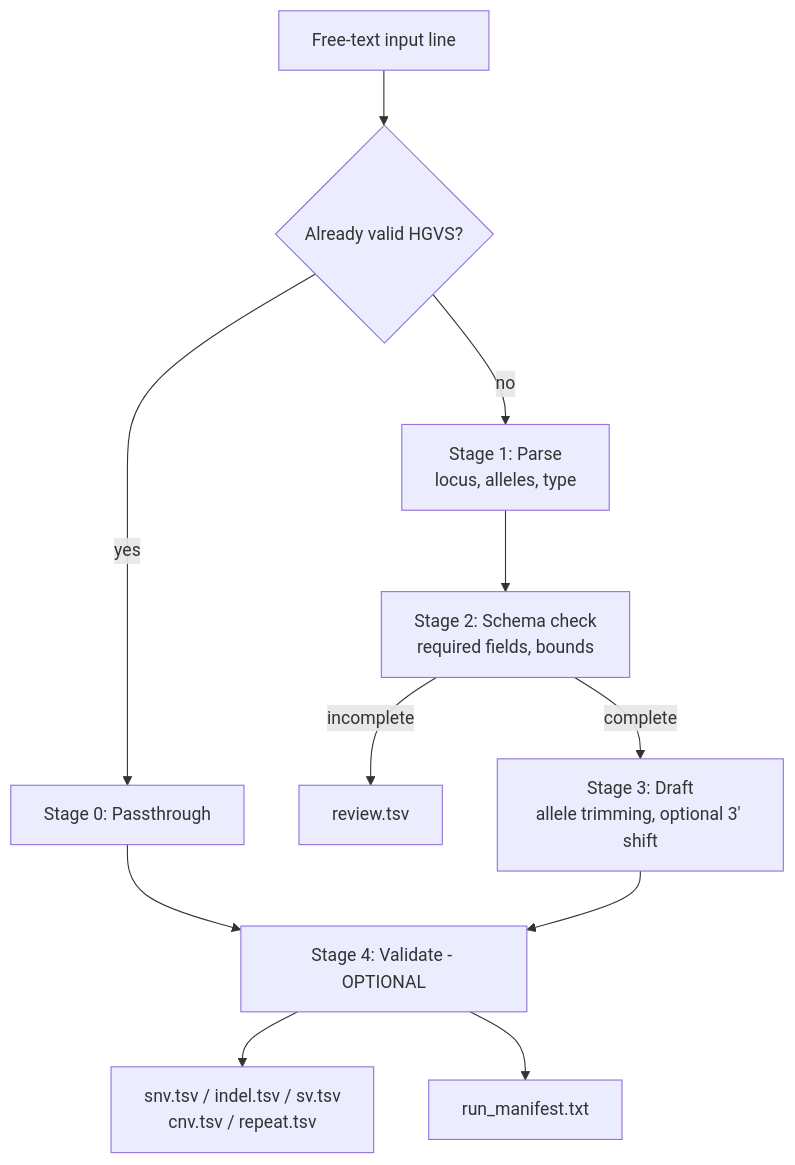
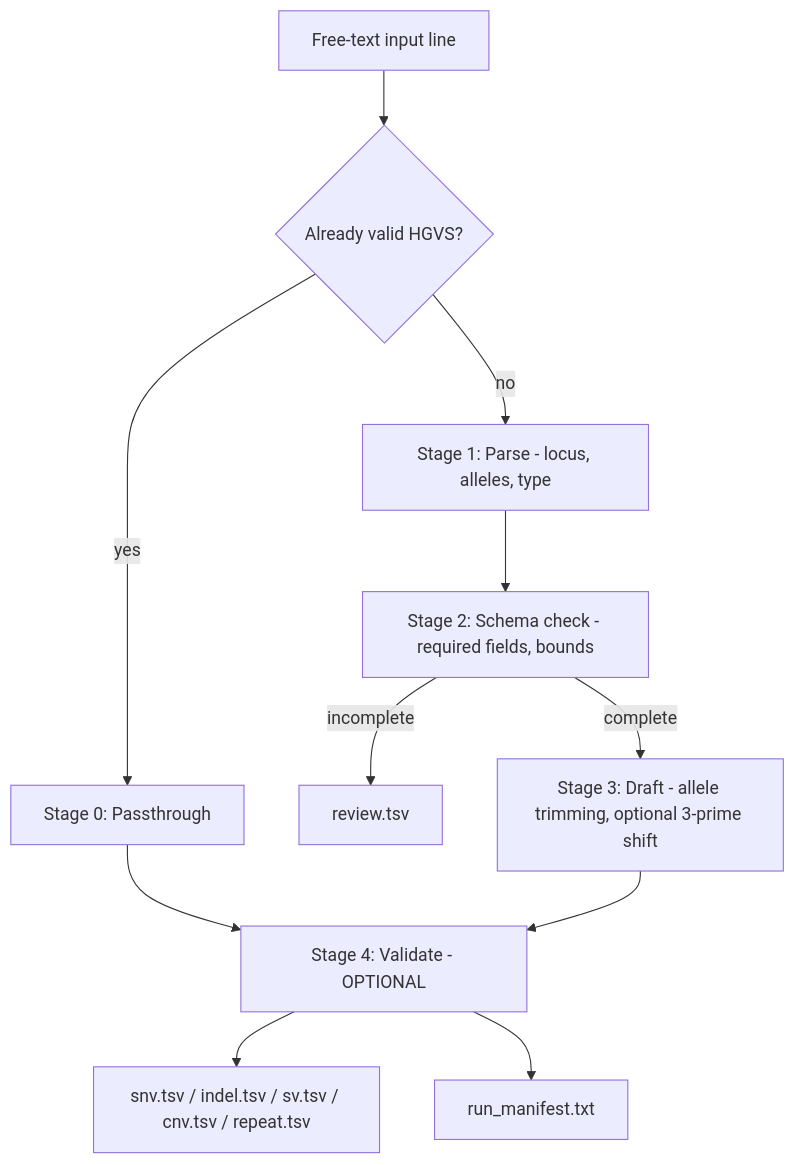
Before and after one commit to edademiral/hgvs-normalizer: the diagram in README.md, drawn with Mermaid. The commit also changed other lines of this file, not shown here.

````diff
--- a/README.md
+++ b/README.md
@@ -18,13 +18,13 @@
 ```mermaid
 flowchart TD
     A[Free-text input line] --> B{Already valid HGVS?}
     B -- yes --> P[Stage 0: Passthrough]
-    B -- no --> C[Stage 1: Parse<br/>locus, alleles, type]
-    C --> D[Stage 2: Schema check<br/>required fields, bounds]
+    B -- no --> C[Stage 1: Parse - locus, alleles, type]
+    C --> D[Stage 2: Schema check - required fields, bounds]
     D -- incomplete --> R[review.tsv]
-    D -- complete --> E[Stage 3: Draft<br/>allele trimming, optional 3' shift]
+    D -- complete --> E[Stage 3: Draft - allele trimming, optional 3-prime shift]
     P --> F
     E --> F[Stage 4: Validate - OPTIONAL]
-    F --> G[snv.tsv / indel.tsv / sv.tsv<br/>cnv.tsv / repeat.tsv]
+    F --> G[snv.tsv / indel.tsv / sv.tsv / cnv.tsv / repeat.tsv]
     F --> H[run_manifest.txt]
 ```
````
